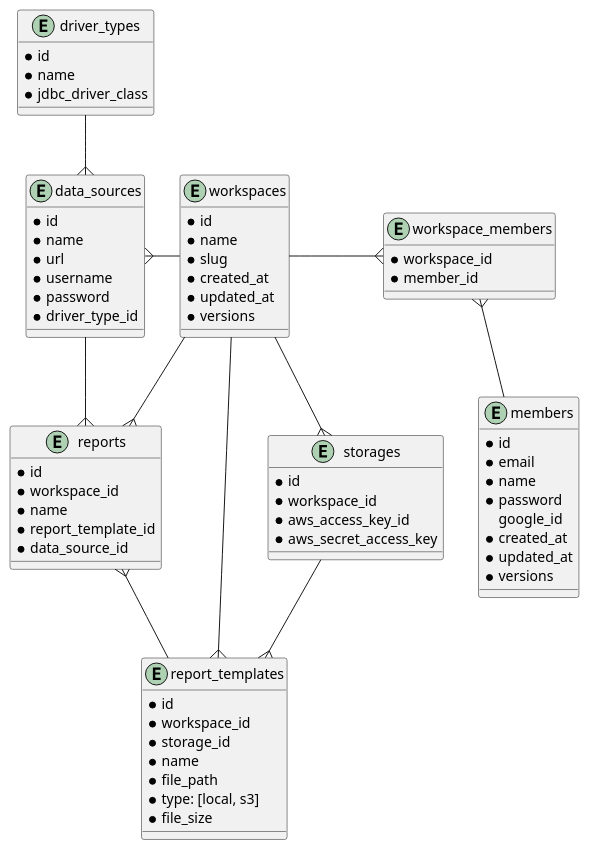
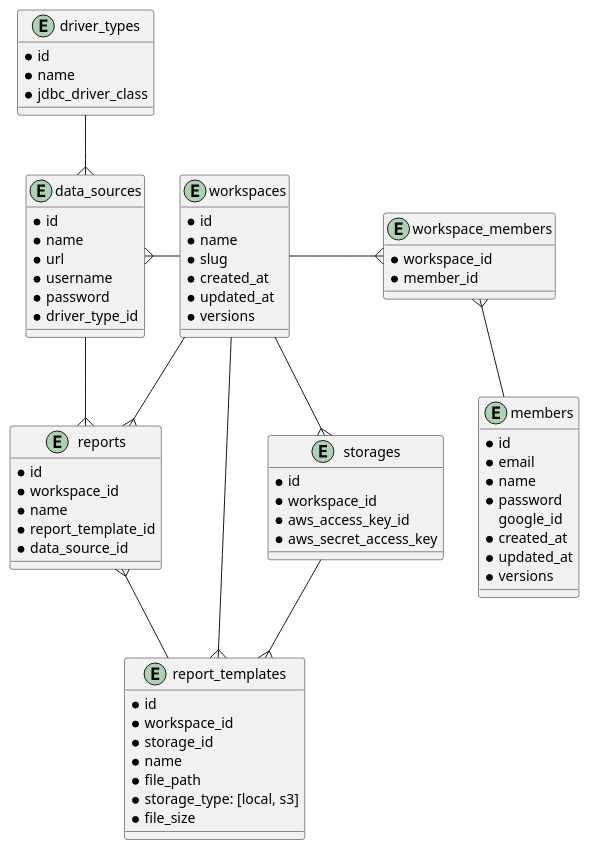
The diagram in docs/db/diagram.puml (ijufumi/openreports-api), drawn with PlantUML before and after one commit.

Commit message:
Change column name.

```diff
--- a/docs/db/diagram.puml
+++ b/docs/db/diagram.puml
@@ -1,79 +1,79 @@
 @startuml
 
 entity members {
   * id
   * email
   * name
   * password
     google_id
   * created_at
   * updated_at
   * versions
 }
 
 entity workspaces {
   * id
   * name
   * slug
   * created_at
   * updated_at
   * versions
 }
 
 entity workspace_members {
   * workspace_id
   * member_id
 }
 
 entity data_sources {
   * id
   * name
   * url
   * username
   * password
   * driver_type_id
 }
 
 entity driver_types {
   * id
   * name
   * jdbc_driver_class
 }
 
 entity reports {
   * id
   * workspace_id
   * name
   * report_template_id
   * data_source_id
 }
 
 entity report_templates {
   * id
   * workspace_id
   * storage_id
   * name
   * file_path
-  * type: [local, s3]
+  * storage_type: [local, s3]
   * file_size
 }
 
 entity storages {
   * id
   * workspace_id
   * aws_access_key_id
   * aws_secret_access_key
 }
 
 workspaces --r{ workspace_members
 workspace_members }-- members
 workspaces --l{ data_sources
 workspaces --{ reports
 workspaces --{ report_templates
 reports }-- report_templates
 driver_types --{ data_sources
 data_sources --{ reports
 workspaces --{ storages
 storages --{ report_templates
 
 @enduml
```
